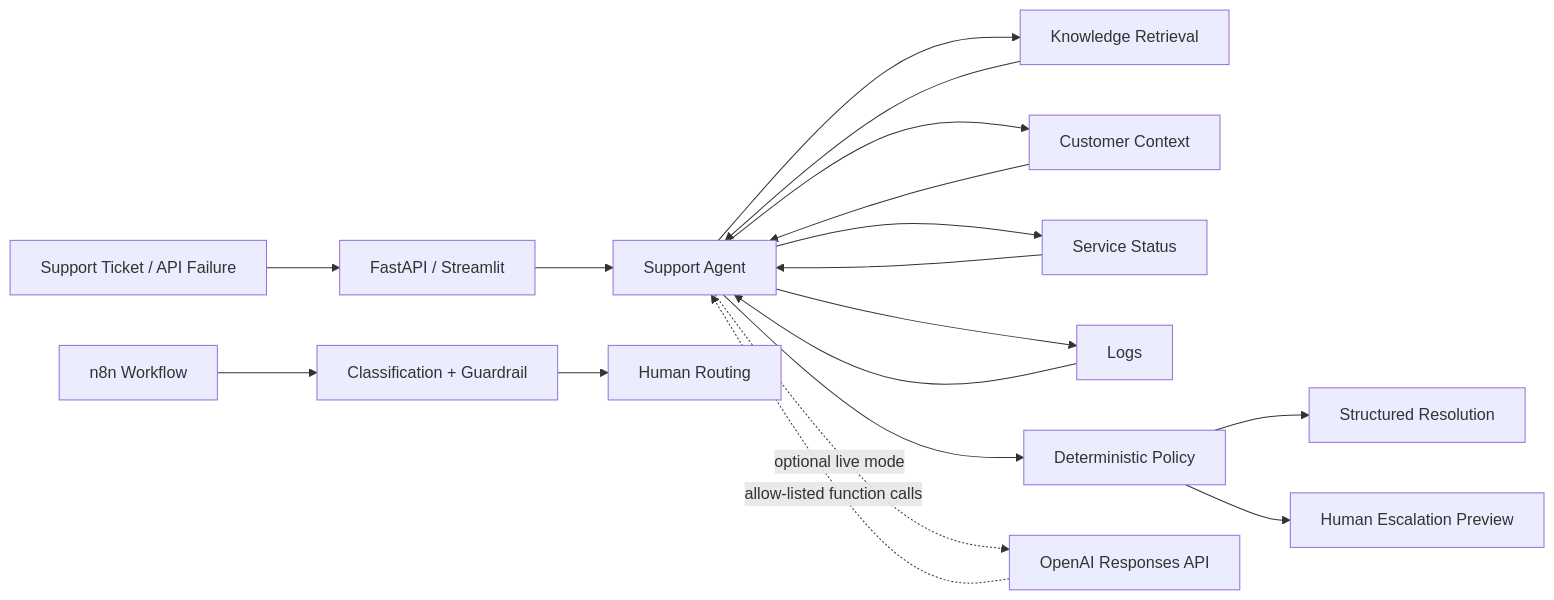
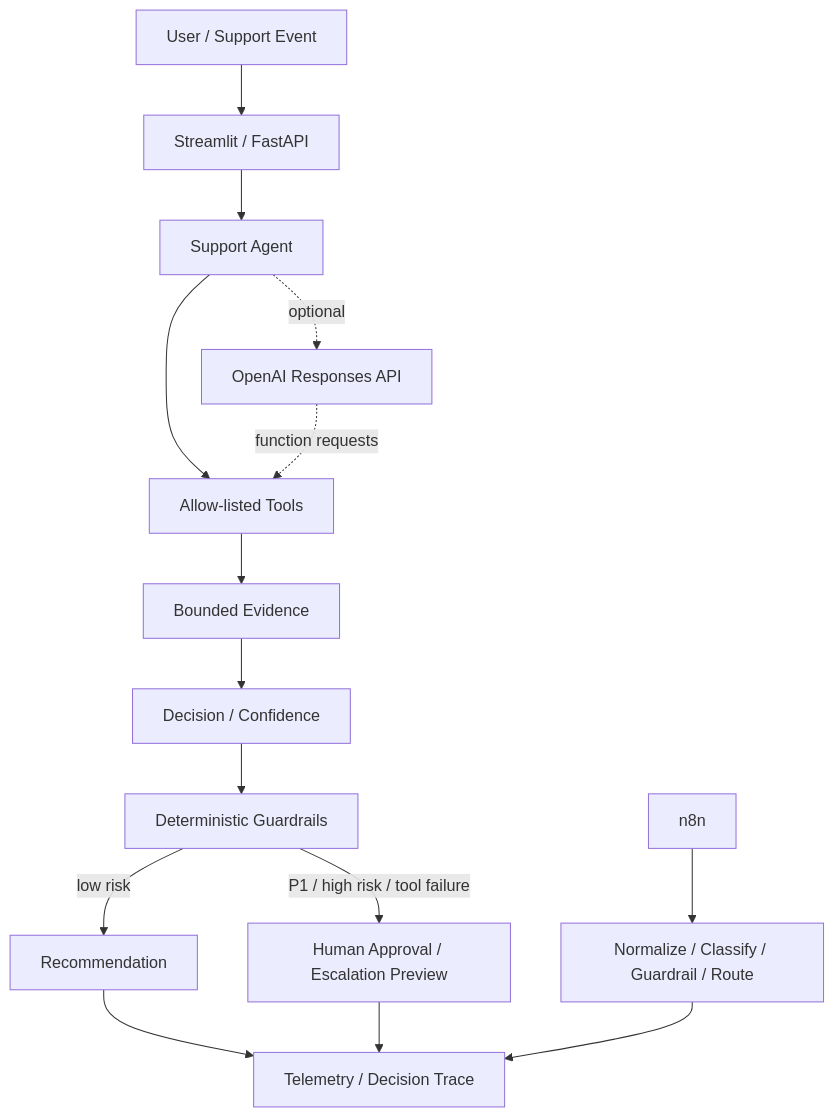
One commit to danecodesnc/hello-world changed the diagram in README.md. Above: the diagram before and after it, drawn with Mermaid. The commit also changed other lines of this file, not shown here.

````diff
--- a/README.md
+++ b/README.md
@@ -61,20 +141,17 @@
 ```mermaid
-flowchart LR
-    U[Support Ticket / API Failure] --> API[FastAPI / Streamlit]
-    API --> A[Support Agent]
-    A --> KB[Knowledge Retrieval]
-    A --> C[Customer Context]
-    A --> S[Service Status]
-    A --> L[Logs]
-    KB --> A
-    C --> A
-    S --> A
-    L --> A
-    A --> P[Deterministic Policy]
-    P --> R[Structured Resolution]
-    P --> H[Human Escalation Preview]
-    A -. optional live mode .-> LLM[OpenAI Responses API]
-    LLM -. allow-listed function calls .-> A
-    N[n8n Workflow] --> G[Classification + Guardrail]
-    G --> HR[Human Routing]
+flowchart TD
+    U[User / Support Event] --> APP[Streamlit / FastAPI]
+    APP --> A[Support Agent]
+    A --> T[Allow-listed Tools]
+    T --> E[Bounded Evidence]
+    E --> D[Decision / Confidence]
+    D --> G[Deterministic Guardrails]
+    G -->|low risk| R[Recommendation]
+    G -->|P1 / high risk / tool failure| H[Human Approval / Escalation Preview]
+    R --> O[Telemetry / Decision Trace]
+    H --> O
+    A -. optional .-> LLM[OpenAI Responses API]
+    LLM -. function requests .-> T
+    N[n8n] --> NG[Normalize / Classify / Guardrail / Route]
+    NG --> O
 ```
````
